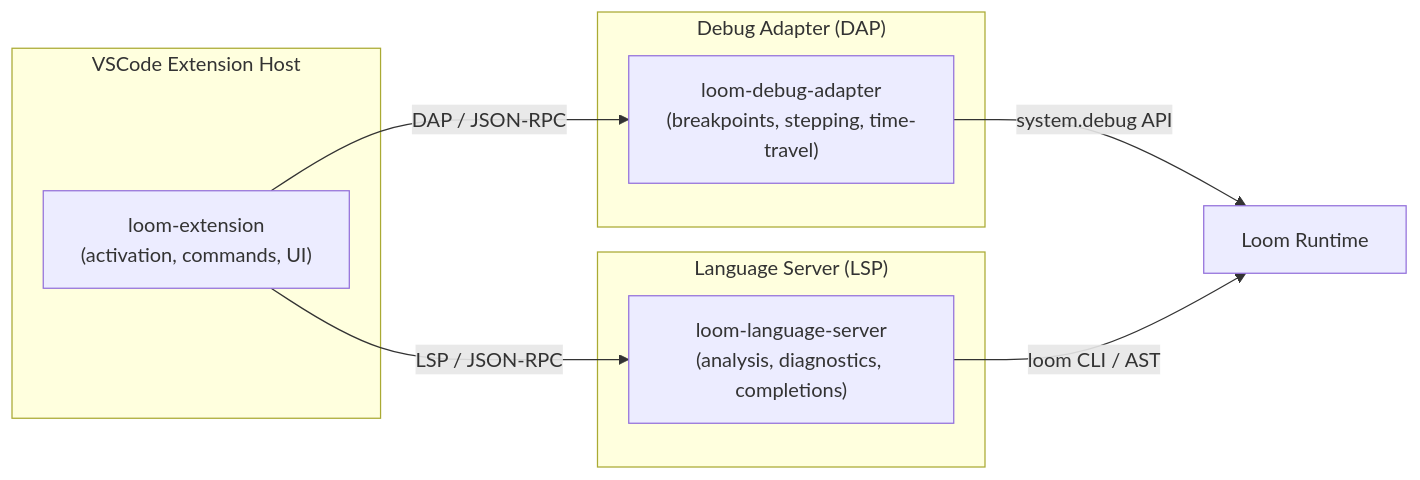
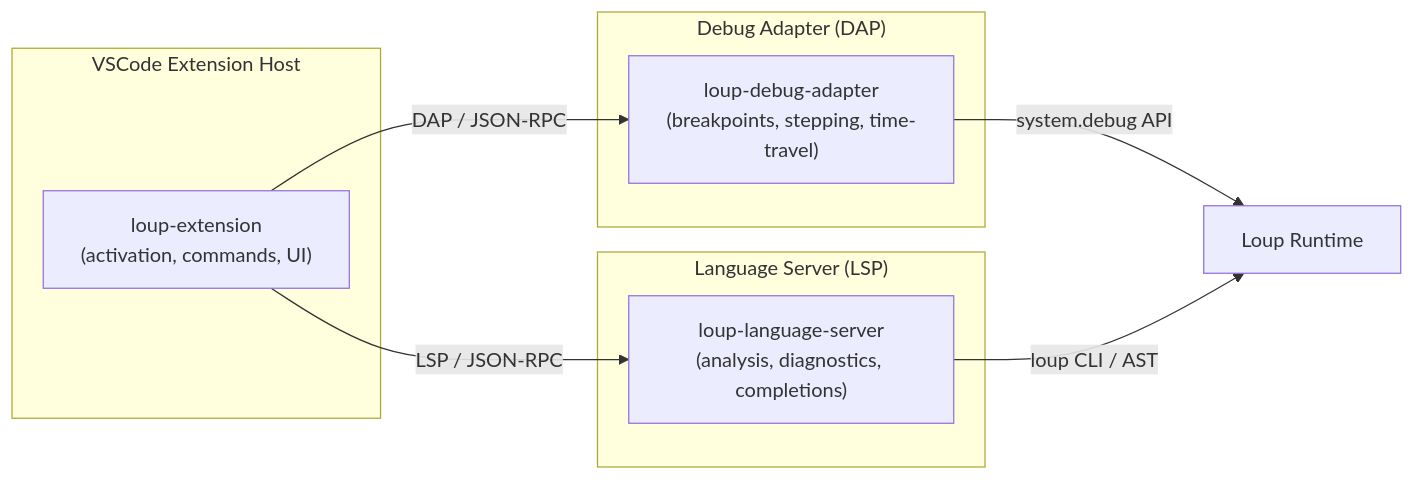
Before and after one commit to code-craft-ai-company/loup-vscode-extension: the diagram in specs/implementation-plan.md, drawn with Mermaid. The commit also changed other lines of this file and 38 other files, not shown here.

First line of the commit message:
rename: Loom → Loup (language id, file extensions, grammar scope, package name)

````diff
--- a/specs/implementation-plan.md
+++ b/specs/implementation-plan.md
@@ -11,16 +11,16 @@
 ```mermaid
 graph LR
     subgraph "VSCode Extension Host"
-        A["loom-extension<br/>(activation, commands, UI)"]
+        A["loup-extension<br/>(activation, commands, UI)"]
     end
     subgraph "Language Server (LSP)"
-        B["loom-language-server<br/>(analysis, diagnostics, completions)"]
+        B["loup-language-server<br/>(analysis, diagnostics, completions)"]
     end
     subgraph "Debug Adapter (DAP)"
-        C["loom-debug-adapter<br/>(breakpoints, stepping, time-travel)"]
+        C["loup-debug-adapter<br/>(breakpoints, stepping, time-travel)"]
     end
     A -- "LSP / JSON-RPC" --> B
     A -- "DAP / JSON-RPC" --> C
-    C -- "system.debug API" --> D["Loom Runtime"]
-    B -- "loom CLI / AST" --> D
+    C -- "system.debug API" --> D["Loup Runtime"]
+    B -- "loup CLI / AST" --> D
 ```
````
